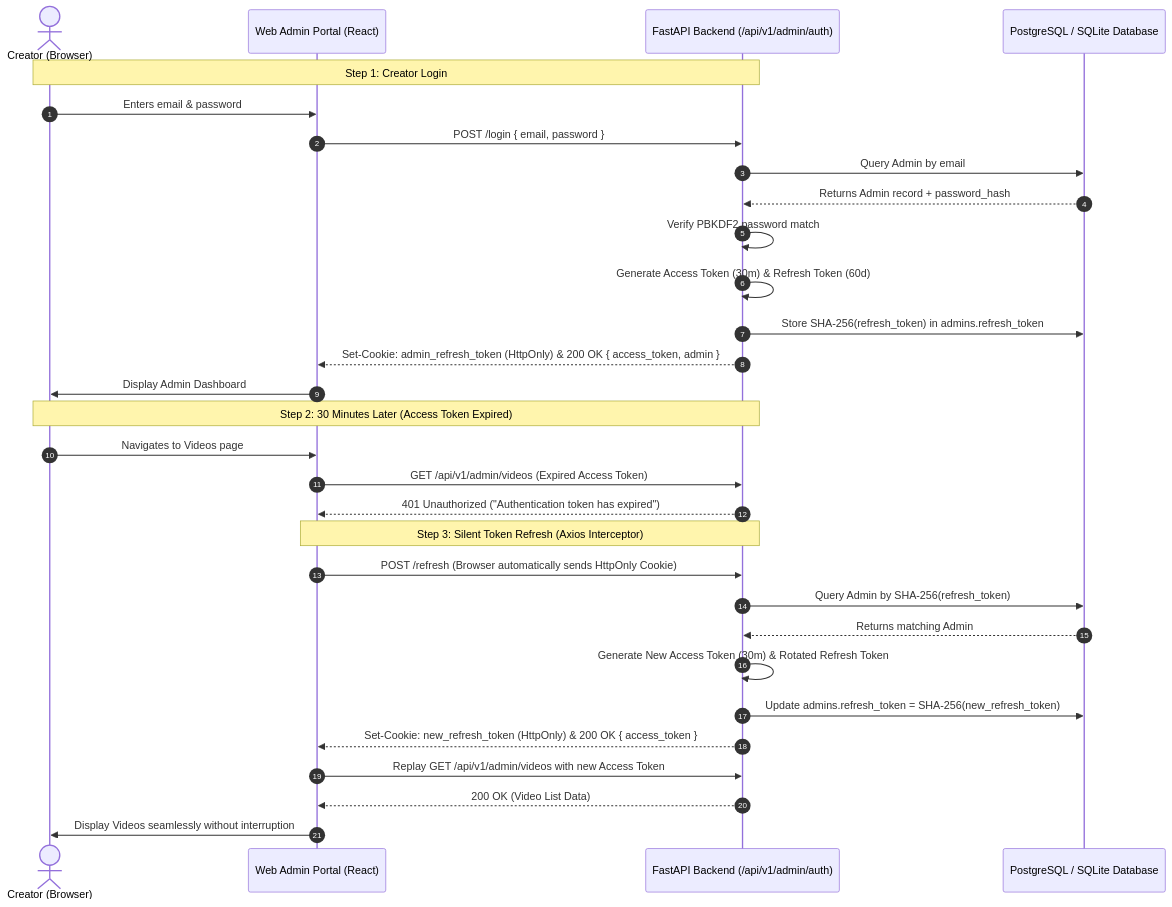
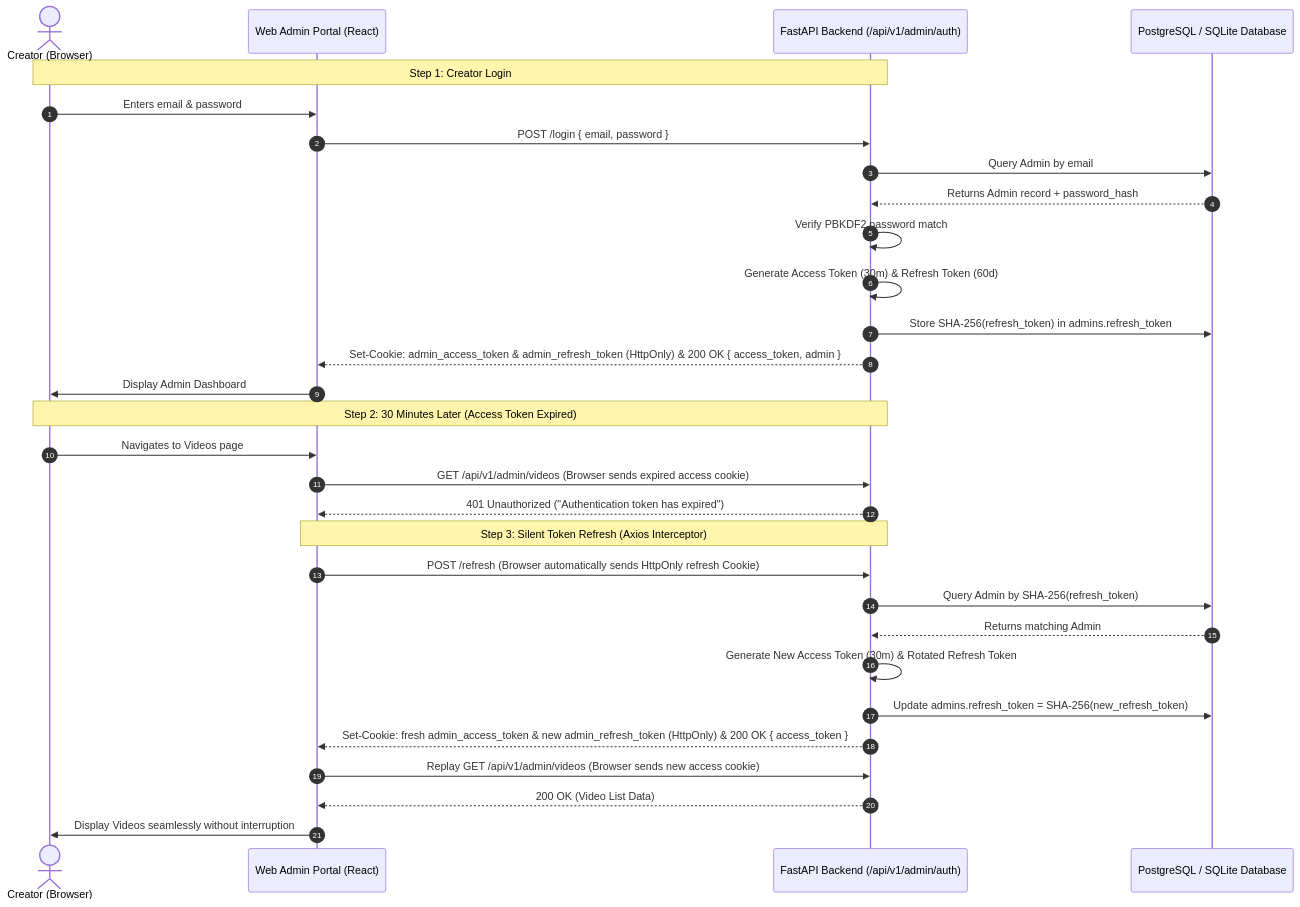
The first of 2 diagrams in docs/admin/admin_authentication_api_specification.md (TalentSea/content-talent-backend), drawn with Mermaid before and after one commit. The commit also changed other lines of this file and 2 other files, not shown here.

Commit message:
feat(admin-auth): add dual HttpOnly cookie support and update API spec

````diff
--- a/docs/admin/admin_authentication_api_specification.md
+++ b/docs/admin/admin_authentication_api_specification.md
@@ -586,35 +597,35 @@
 ```mermaid
 sequenceDiagram
     autonumber
     actor Creator as Creator (Browser)
     participant SPA as Web Admin Portal (React)
     participant API as FastAPI Backend (/api/v1/admin/auth)
     participant DB as PostgreSQL / SQLite Database
 
     Note over Creator,API: Step 1: Creator Login
     Creator->>SPA: Enters email & password
     SPA->>API: POST /login { email, password }
     API->>DB: Query Admin by email
     DB-->>API: Returns Admin record + password_hash
     API->>API: Verify PBKDF2 password match
     API->>API: Generate Access Token (30m) & Refresh Token (60d)
     API->>DB: Store SHA-256(refresh_token) in admins.refresh_token
-    API-->>SPA: Set-Cookie: admin_refresh_token (HttpOnly) & 200 OK { access_token, admin }
+    API-->>SPA: Set-Cookie: admin_access_token & admin_refresh_token (HttpOnly) & 200 OK { access_token, admin }
     SPA->>Creator: Display Admin Dashboard
 
     Note over Creator,API: Step 2: 30 Minutes Later (Access Token Expired)
     Creator->>SPA: Navigates to Videos page
-    SPA->>API: GET /api/v1/admin/videos (Expired Access Token)
+    SPA->>API: GET /api/v1/admin/videos (Browser sends expired access cookie)
     API-->>SPA: 401 Unauthorized ("Authentication token has expired")
 
     Note over SPA,API: Step 3: Silent Token Refresh (Axios Interceptor)
-    SPA->>API: POST /refresh (Browser automatically sends HttpOnly Cookie)
+    SPA->>API: POST /refresh (Browser automatically sends HttpOnly refresh Cookie)
     API->>DB: Query Admin by SHA-256(refresh_token)
     DB-->>API: Returns matching Admin
     API->>API: Generate New Access Token (30m) & Rotated Refresh Token
     API->>DB: Update admins.refresh_token = SHA-256(new_refresh_token)
-    API-->>SPA: Set-Cookie: new_refresh_token (HttpOnly) & 200 OK { access_token }
-    SPA->>API: Replay GET /api/v1/admin/videos with new Access Token
+    API-->>SPA: Set-Cookie: fresh admin_access_token & new admin_refresh_token (HttpOnly) & 200 OK { access_token }
+    SPA->>API: Replay GET /api/v1/admin/videos (Browser sends new access cookie)
     API-->>SPA: 200 OK (Video List Data)
     SPA->>Creator: Display Videos seamlessly without interruption
 ```
````
